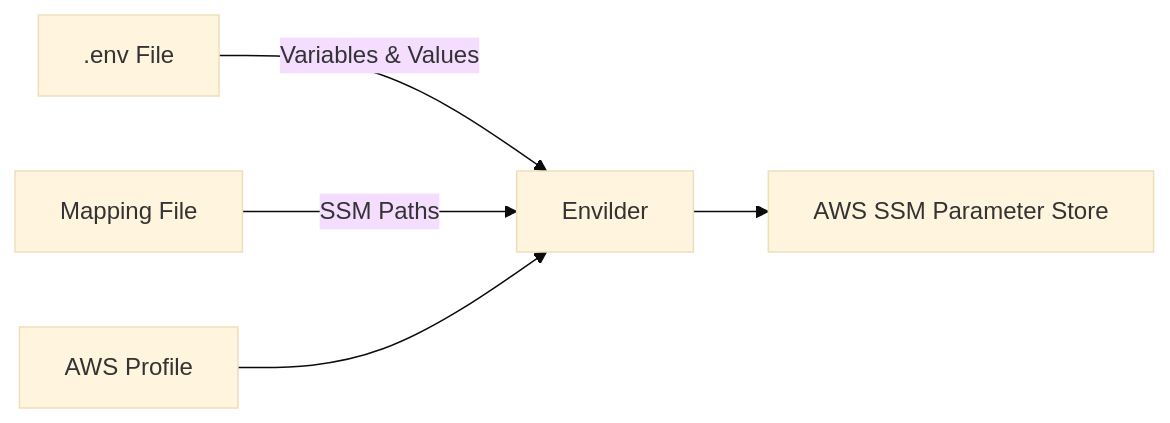
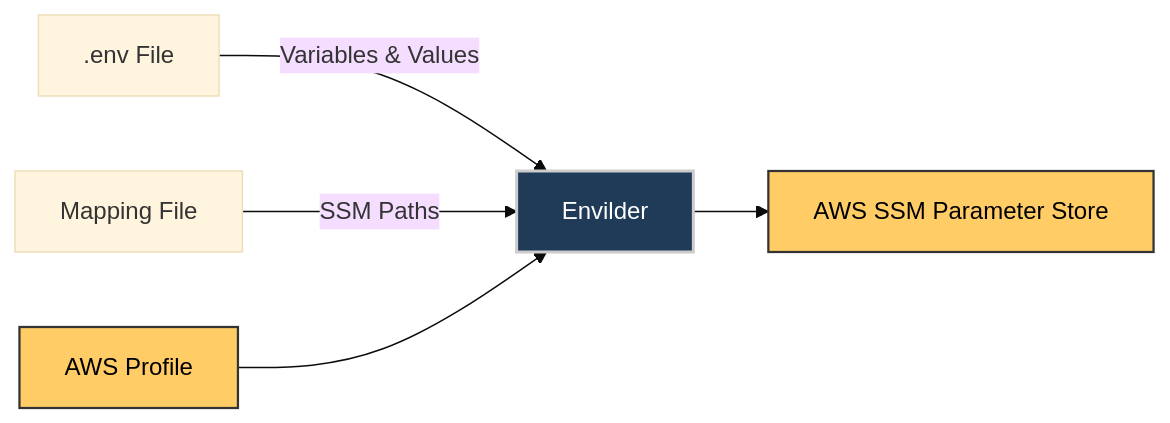
Before and after one commit to macalbert/envilder: the second of 3 diagrams in README.md, drawn with Mermaid (base theme). The commit also changed other lines of this file and 6 other files, not shown here.

````diff
--- a/README.md
+++ b/README.md
@@ -190,7 +190,10 @@
 ```mermaid
 graph LR
-  A[.env File] --> |Variables & Values| B[Envilder]
+  A[.env File] --> |Variables & Values| B[Envilder]:::core
   C[Mapping File] --> |SSM Paths| B
-  D[AWS Profile] --> B
-  B --> E[AWS SSM Parameter Store]
+  D[AWS Profile]:::aws --> B
+  B --> E[AWS SSM Parameter Store]:::aws
+
+  classDef aws fill:#ffcc66,color:#000000,stroke:#333,stroke-width:1.5px;
+  classDef core fill:#1f3b57,color:#fff,stroke:#ccc,stroke-width:2px;
 ```
````
